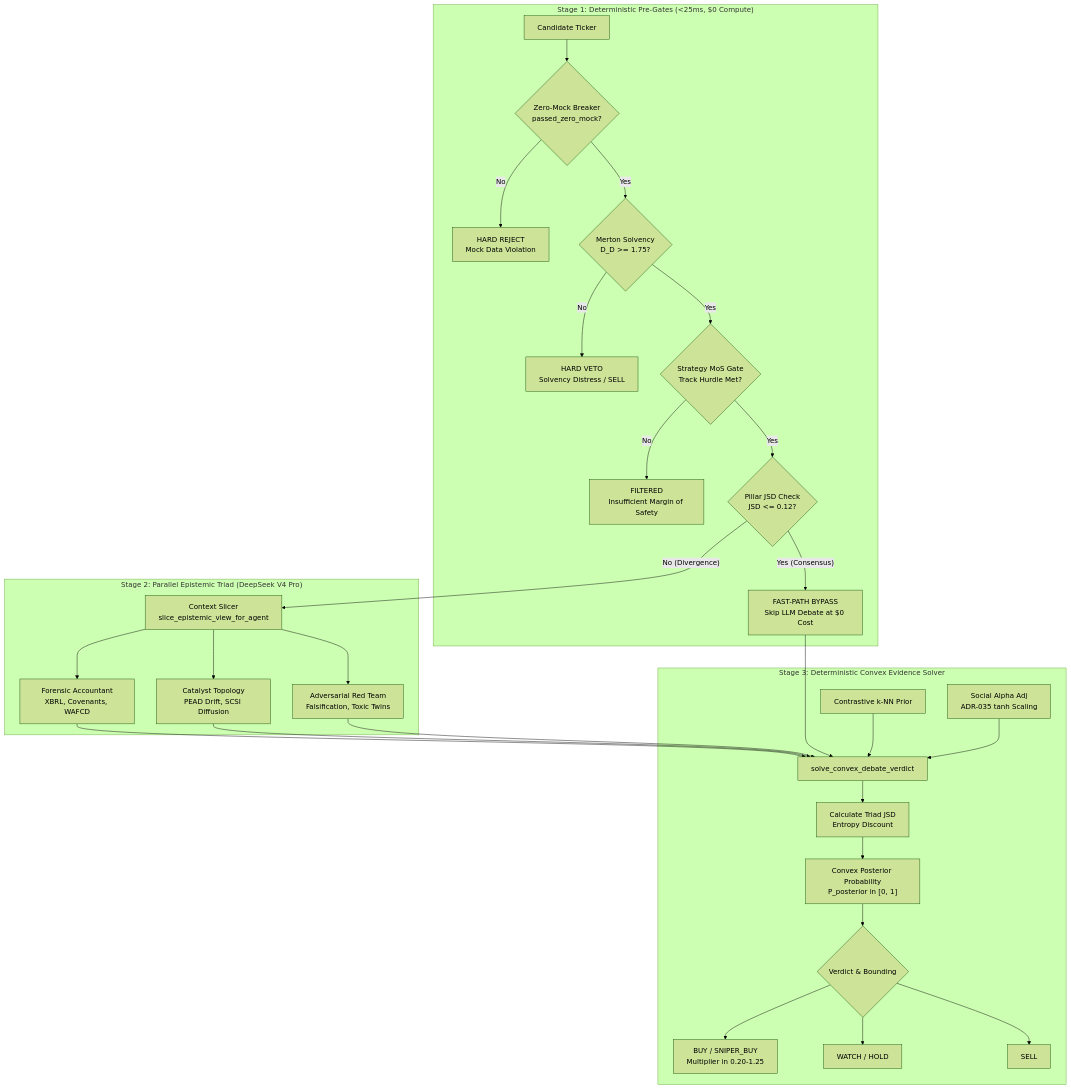
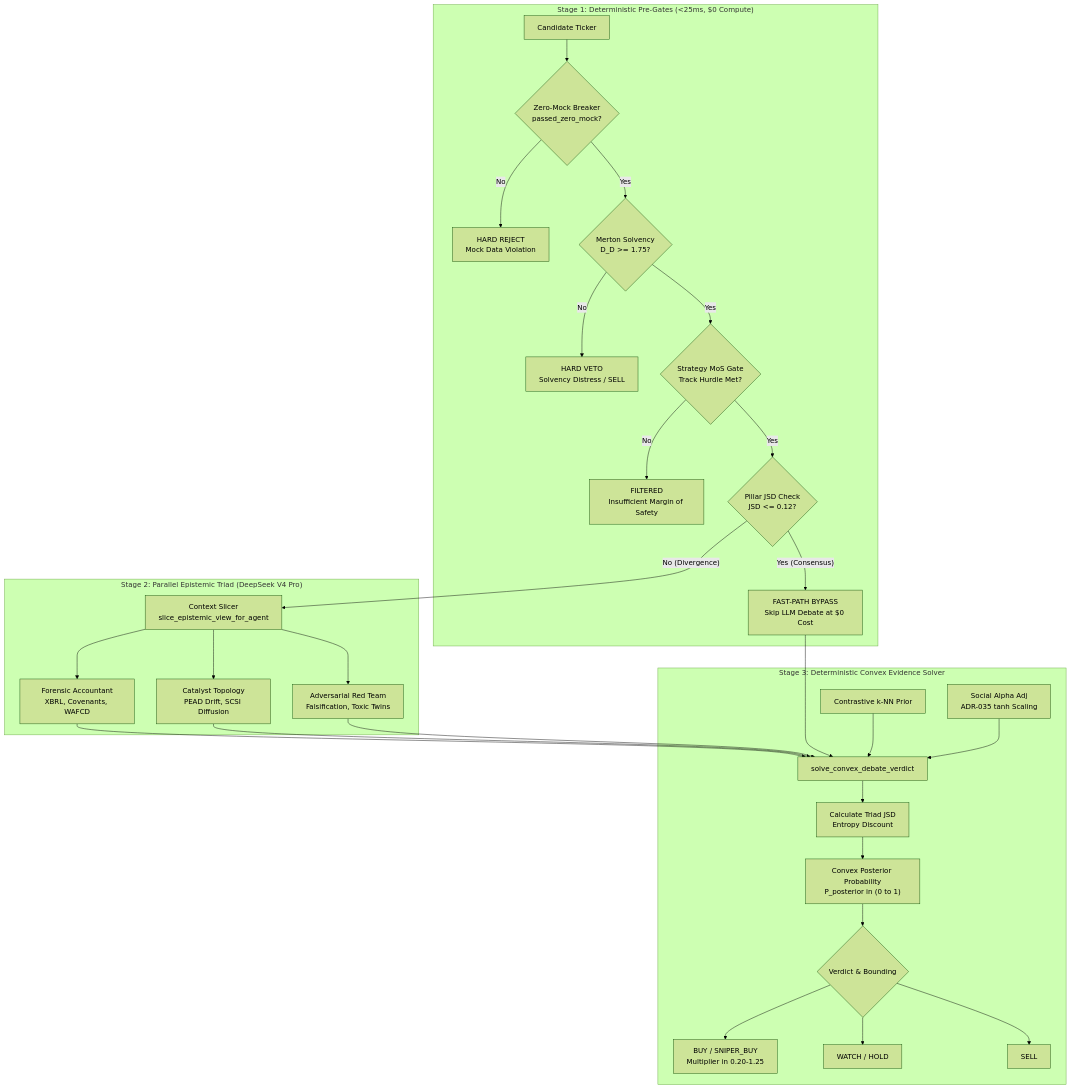
The fifth of 11 diagrams in templates_and_resources/stories/autonomous_agentic_quant_engineering_master_guide.md (bdchang403/AI_Software_Foundations), drawn with Mermaid (forest theme) before and after one commit. The commit also changed other lines of this file, not shown here.

Commit message:
Fix nested square brackets in master guide Mermaid diagrams

````diff
--- a/templates_and_resources/stories/autonomous_agentic_quant_engineering_master_guide.md
+++ b/templates_and_resources/stories/autonomous_agentic_quant_engineering_master_guide.md
@@ -1626,35 +1626,35 @@
 ```mermaid
 flowchart TD
     subgraph S1["Stage 1: Deterministic Pre-Gates (<25ms, $0 Compute)"]
         A[Candidate Ticker] --> G1{"Zero-Mock Breaker<br/>passed_zero_mock?"}
         G1 -- No --> V1["HARD REJECT<br/>Mock Data Violation"]
         G1 -- Yes --> G2{"Merton Solvency<br/>D_D >= 1.75?"}
         G2 -- No --> V2["HARD VETO<br/>Solvency Distress / SELL"]
         G2 -- Yes --> G3{"Strategy MoS Gate<br/>Track Hurdle Met?"}
         G3 -- No --> V3["FILTERED<br/>Insufficient Margin of Safety"]
         G3 -- Yes --> G4{"Pillar JSD Check<br/>JSD <= 0.12?"}
         G4 -- "Yes (Consensus)" --> BYPASS["FAST-PATH BYPASS<br/>Skip LLM Debate at $0 Cost"]
     end
 
     subgraph S2["Stage 2: Parallel Epistemic Triad (DeepSeek V4 Pro)"]
         G4 -- "No (Divergence)" --> SLICE["Context Slicer<br/>slice_epistemic_view_for_agent"]
         SLICE --> T1["Forensic Accountant<br/>XBRL, Covenants, WAFCD"]
         SLICE --> T2["Catalyst Topology<br/>PEAD Drift, SCSI Diffusion"]
         SLICE --> T3["Adversarial Red Team<br/>Falsification, Toxic Twins"]
     end
 
     subgraph S3["Stage 3: Deterministic Convex Evidence Solver"]
         T1 --> SOLVER[solve_convex_debate_verdict]
         T2 --> SOLVER
         T3 --> SOLVER
         BYPASS --> SOLVER
         RAG[Contrastive k-NN Prior] --> SOLVER
         SOCIAL["Social Alpha Adj<br/>ADR-035 tanh Scaling"] --> SOLVER
         SOLVER --> JSD_CALC["Calculate Triad JSD<br/>Entropy Discount"]
-        JSD_CALC --> FUSION["Convex Posterior Probability<br/>P_posterior in [0, 1]"]
+        JSD_CALC --> FUSION["Convex Posterior Probability<br/>P_posterior in (0 to 1)"]
         FUSION --> DECISION{"Verdict & Bounding"}
         DECISION --> BUY["BUY / SNIPER_BUY<br/>Multiplier in 0.20-1.25"]
         DECISION --> WATCH[WATCH / HOLD]
         DECISION --> SELL[SELL]
     end
 ```
````
